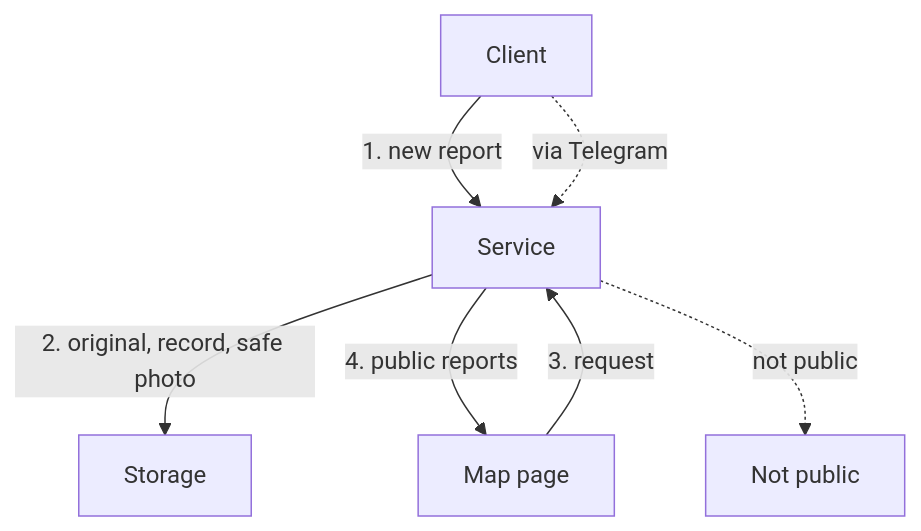
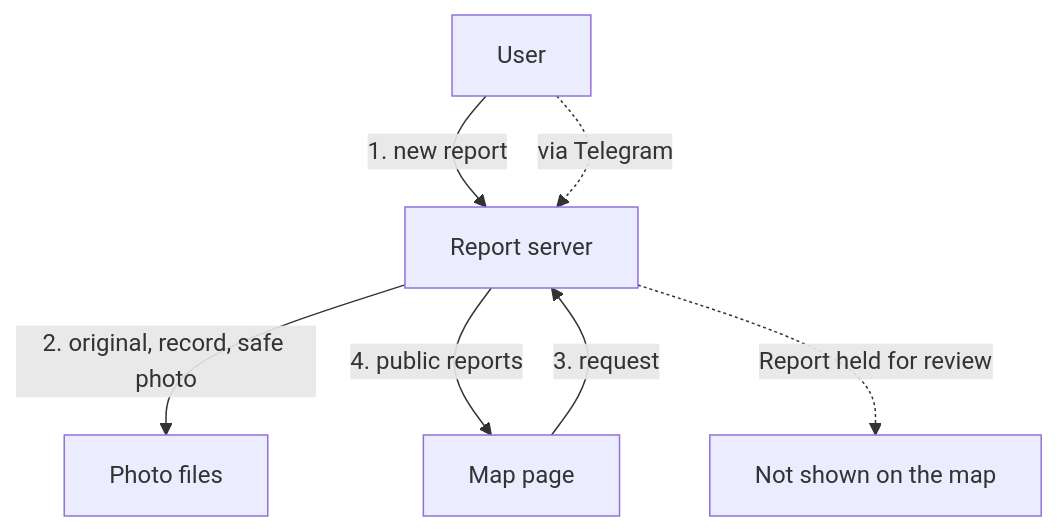
The diagram in skills/plain-explain/examples/out/street-reports-report-flow.tech-lead.md (skad0/skills), drawn with Mermaid before and after one commit. The commit also changed other lines of this file and 26 other files, not shown here.

````diff
--- a/skills/plain-explain/examples/out/street-reports-report-flow.tech-lead.md
+++ b/skills/plain-explain/examples/out/street-reports-report-flow.tech-lead.md
@@ -5,14 +5,14 @@
 ```mermaid
 flowchart TB
-  client["Client"]
-  service["Service"]
-  storage["Storage"]
+  client["User"]
+  service["Report server"]
+  storage["Photo files"]
   map["Map page"]
-  held["Not public"]
+  held["Not shown on the map"]
   client -->|"1. new report"| service
   service -->|"2. original, record, safe photo"| storage
   map -->|"3. request"| service
   service -->|"4. public reports"| map
-  service -.->|"not public"| held
+  service -.->|"Report held for review"| held
   client -.->|"via Telegram"| service
 ```
````
